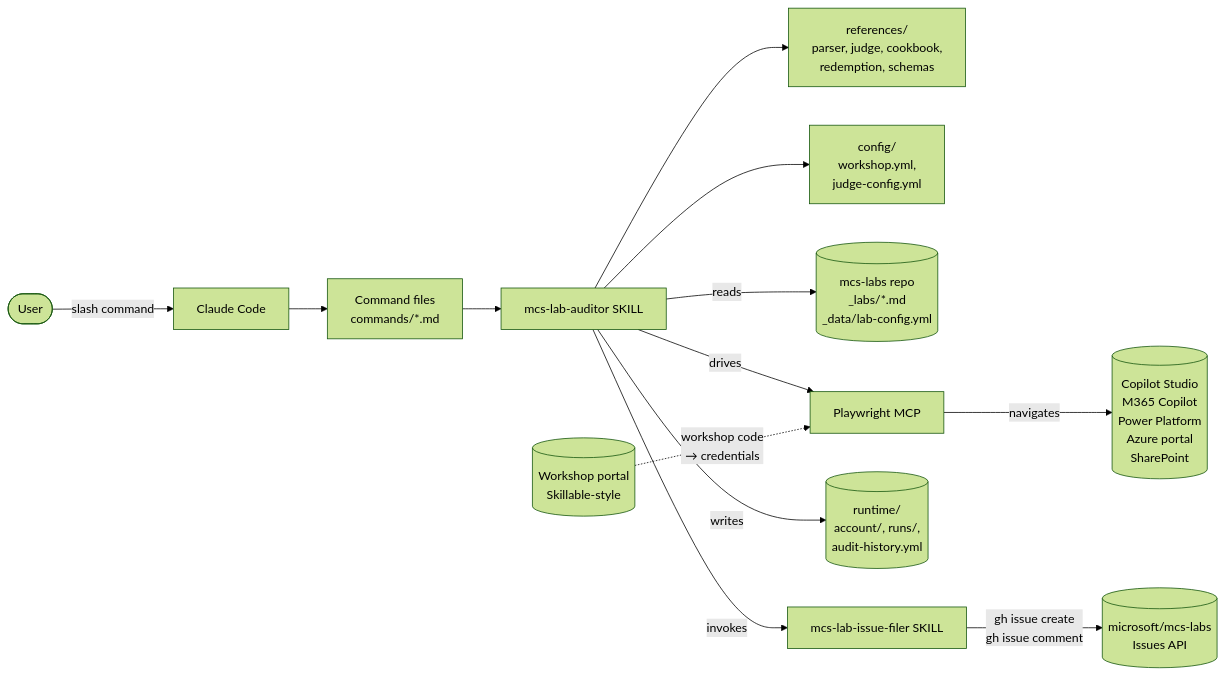
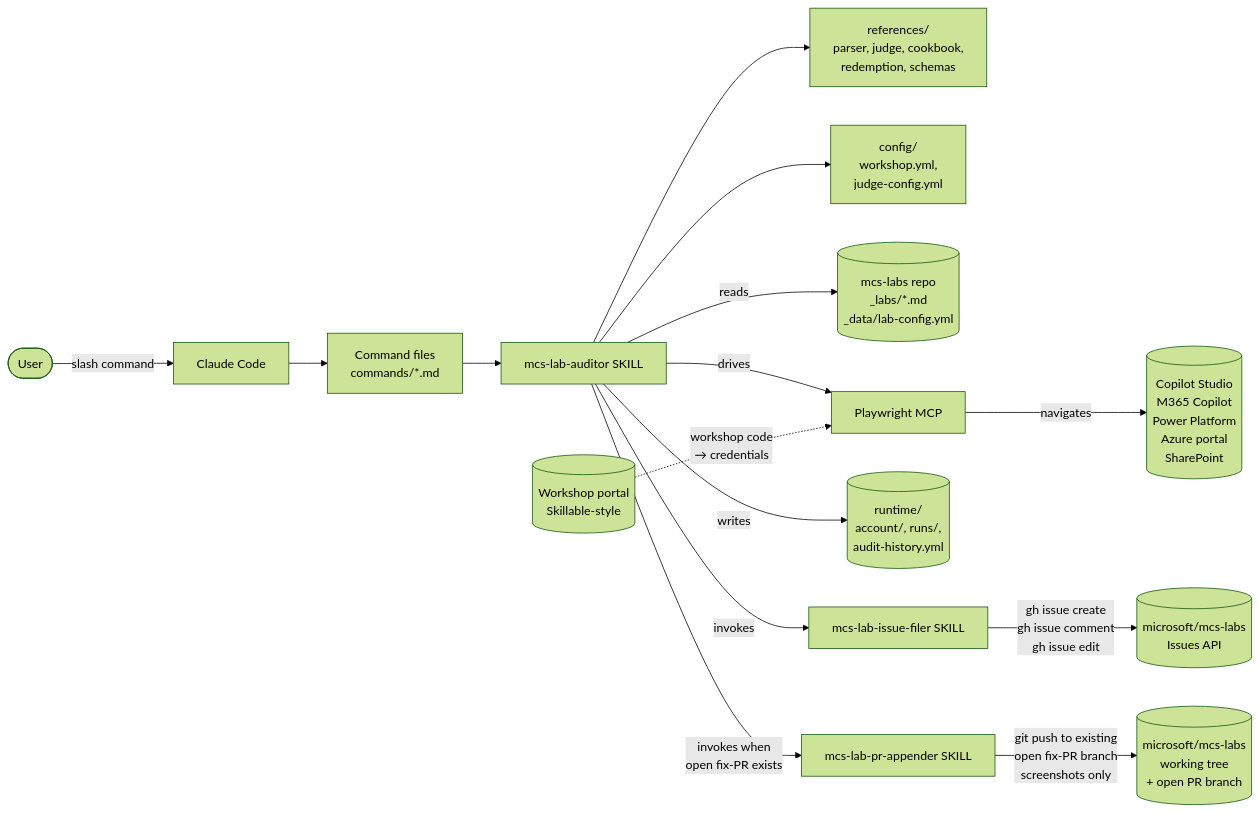
The first of 4 diagrams in docs/architecture.md (aprildunnam/AgentAcademyLabTestPlugin), drawn with Mermaid (forest theme) before and after one commit. The commit also changed other lines of this file and 16 other files, not shown here.

First line of the commit message:
feat: enforce open-issue/PR dedup and add screenshot append flow (v0.2.0)

````diff
--- a/docs/architecture.md
+++ b/docs/architecture.md
@@ -11,15 +11,17 @@
 ```mermaid
 flowchart LR
     User([User]) -->|slash command| CC[Claude Code]
     CC --> Cmd[Command files<br/>commands/*.md]
     Cmd --> Skill[mcs-lab-auditor SKILL]
     Skill --> Refs[references/<br/>parser, judge, cookbook,<br/>redemption, schemas]
     Skill --> Cfg[config/<br/>workshop.yml,<br/>judge-config.yml]
     Skill -->|reads| Labs[(mcs-labs repo<br/>_labs/*.md<br/>_data/lab-config.yml)]
     Skill -->|drives| PW[Playwright MCP]
     PW -->|navigates| Portals[(Copilot Studio<br/>M365 Copilot<br/>Power Platform<br/>Azure portal<br/>SharePoint)]
     Skill -->|writes| Runtime[(runtime/<br/>account/, runs/,<br/>audit-history.yml)]
     Skill -->|invokes| IssueSkill[mcs-lab-issue-filer SKILL]
-    IssueSkill -->|gh issue create<br/>gh issue comment| GH[(microsoft/mcs-labs<br/>Issues API)]
+    Skill -->|invokes when<br/>open fix-PR exists| PRSkill[mcs-lab-pr-appender SKILL]
+    IssueSkill -->|gh issue create<br/>gh issue comment<br/>gh issue edit| GH[(microsoft/mcs-labs<br/>Issues API)]
+    PRSkill -->|git push to existing<br/>open fix-PR branch<br/>screenshots only| MCSRepo[(microsoft/mcs-labs<br/>working tree<br/>+ open PR branch)]
     Workshop[(Workshop portal<br/>Skillable-style)] -.->|workshop code<br/>→ credentials| PW
 ```
````
